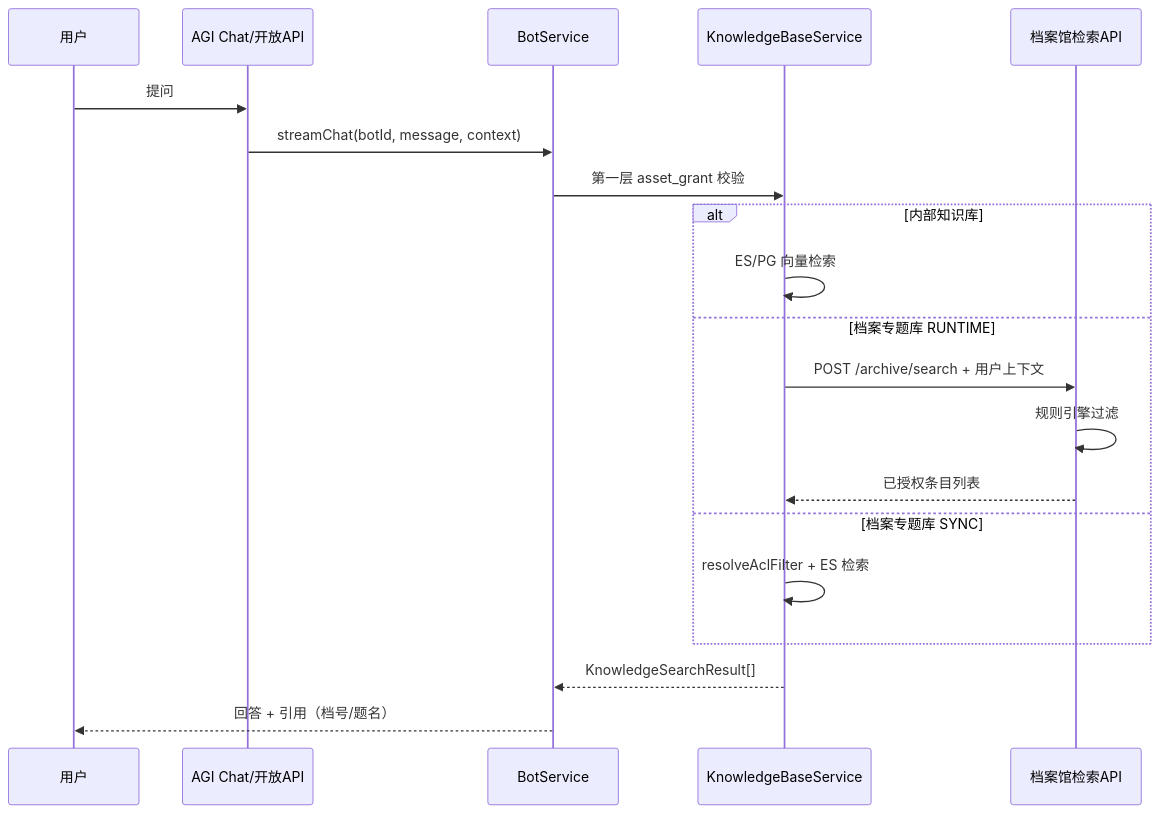
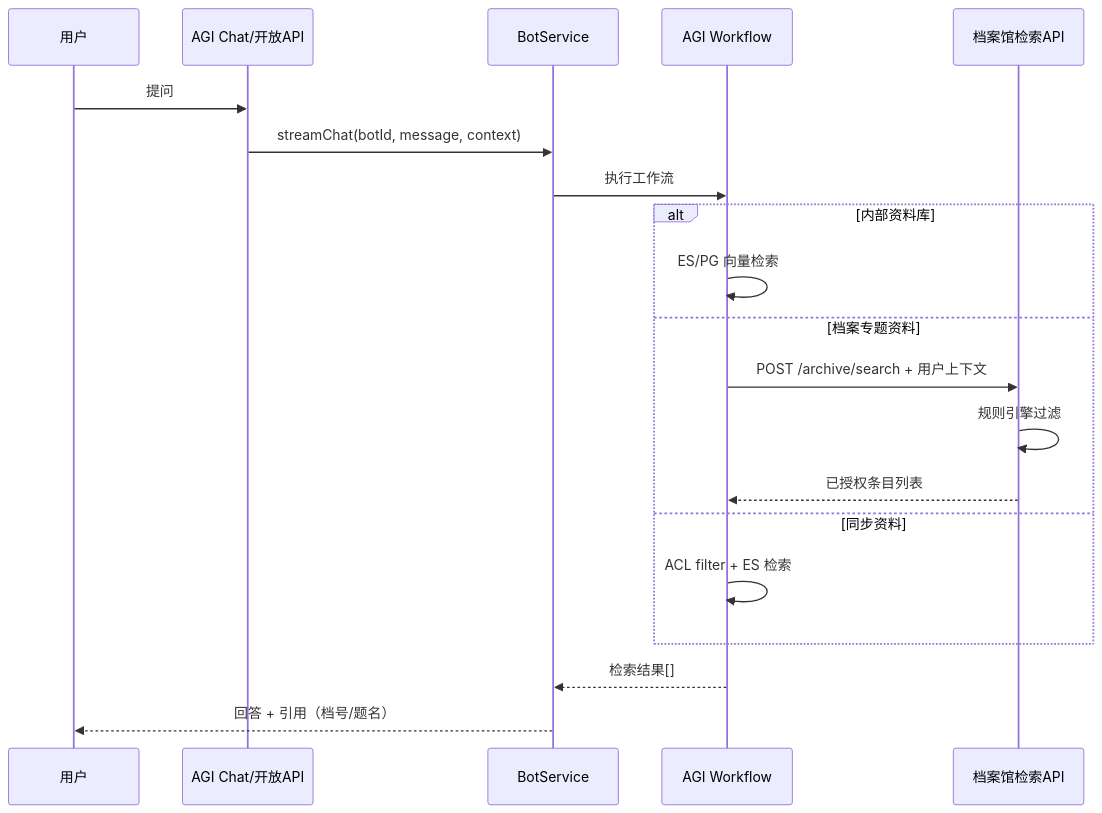
Before and after one commit to dwightlai/aiworkflow: the diagram in docs/integration/archive-knowledge-base-design.md, drawn with Mermaid. The commit also changed other lines of this file and 34 other files, not shown here.

````diff
--- a/docs/integration/archive-knowledge-base-design.md
+++ b/docs/integration/archive-knowledge-base-design.md
@@ -347,23 +361,23 @@
 ```mermaid
 sequenceDiagram
   participant U as 用户
   participant Chat as AGI Chat/开放API
   participant Bot as BotService
-  participant KB as KnowledgeBaseService
+  participant WF as AGI Workflow
   participant Archive as 档案馆检索API
 
   U->>Chat: 提问
   Chat->>Bot: streamChat(botId, message, context)
-  Bot->>KB: 第一层 asset_grant 校验
-  alt 内部知识库
-    KB->>KB: ES/PG 向量检索
-  else 档案专题库 RUNTIME
-    KB->>Archive: POST /archive/search + 用户上下文
+  Bot->>WF: 执行工作流
+  alt 内部资料库
+    WF->>WF: ES/PG 向量检索
+  else 档案专题资料
+    WF->>Archive: POST /archive/search + 用户上下文
     Archive->>Archive: 规则引擎过滤
-    Archive-->>KB: 已授权条目列表
-  else 档案专题库 SYNC
-    KB->>KB: resolveAclFilter + ES 检索
+    Archive-->>WF: 已授权条目列表
+  else 同步资料
+    WF->>WF: ACL filter + ES 检索
   end
-  KB-->>Bot: KnowledgeSearchResult[]
+  WF-->>Bot: 检索结果[]
   Bot-->>U: 回答 + 引用（档号/题名）
 ```
````
